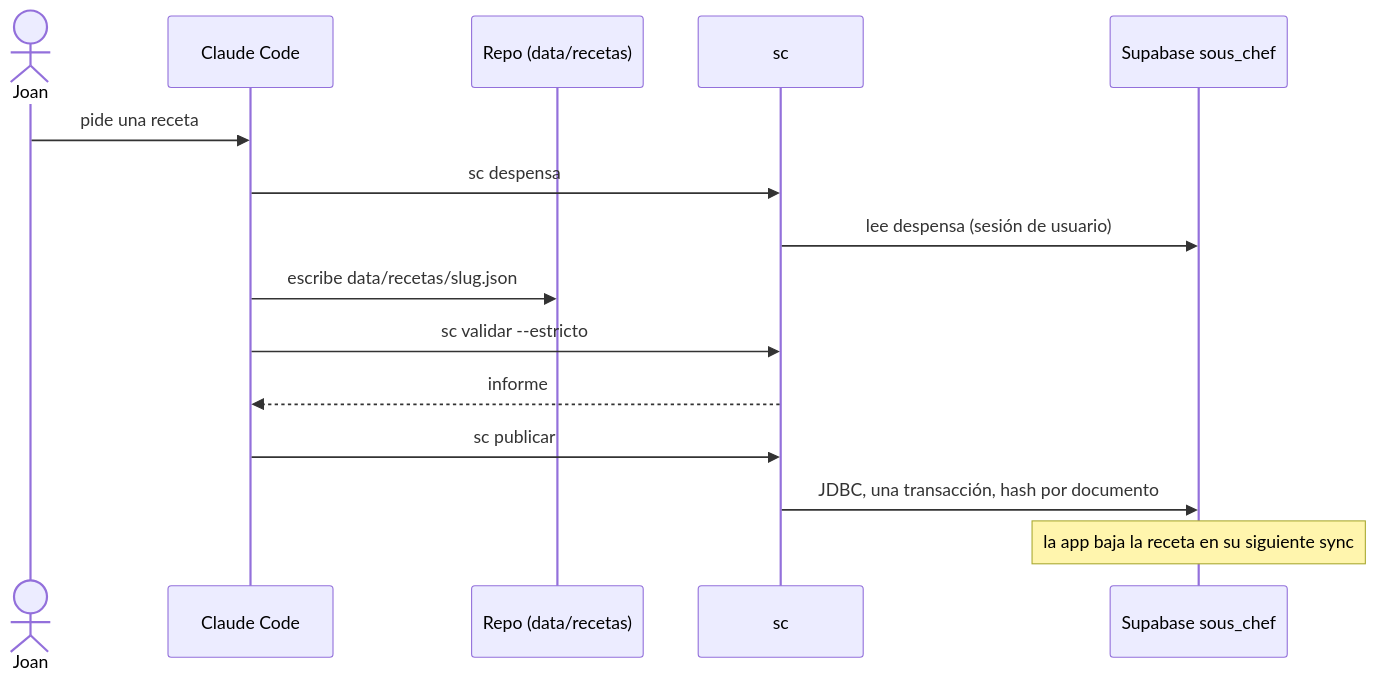
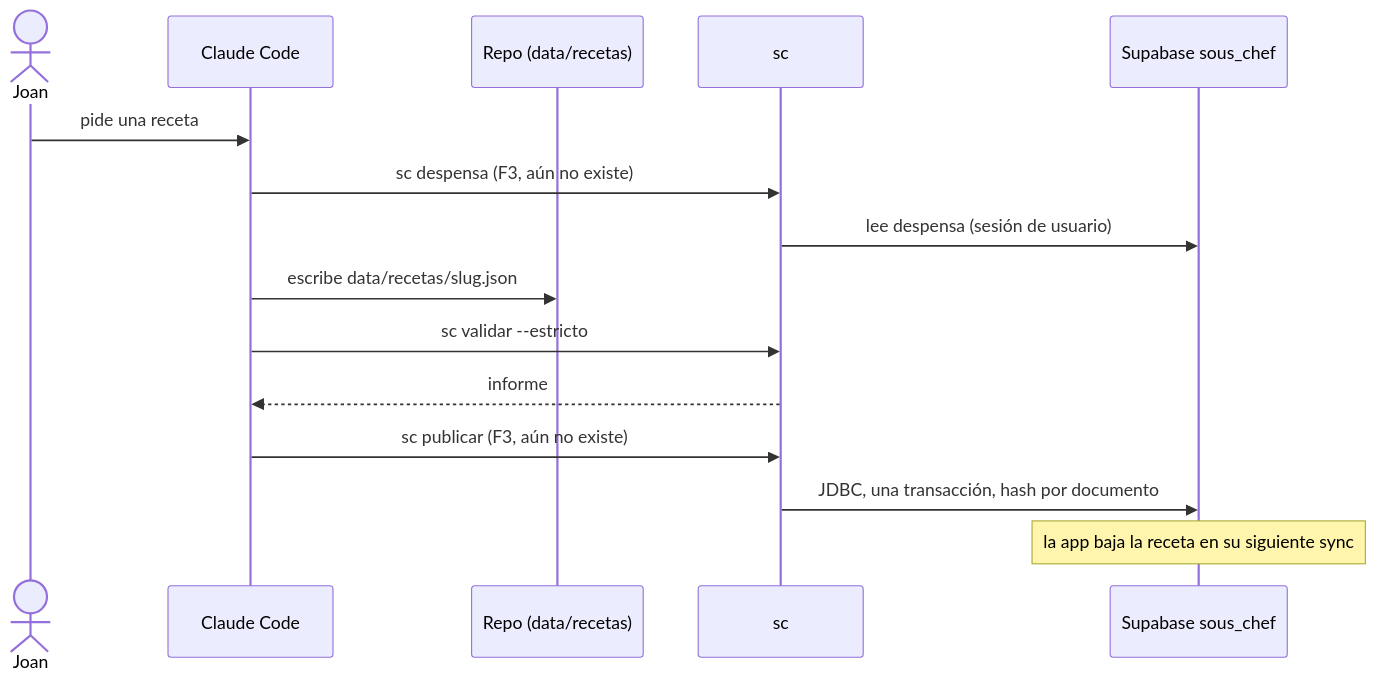
The second of 2 diagrams in docs/arquitectura.md (trombonet12/Sous-Chef), drawn with Mermaid before and after one commit. The commit also changed other lines of this file and 11 other files, not shown here.

Commit message:
docs(skills): recipe skill follows the real flow (pasted pantry, validar, release); drop nonexistent sc commands

````diff
--- a/docs/arquitectura.md
+++ b/docs/arquitectura.md
@@ -50,17 +50,17 @@
 ```mermaid
 sequenceDiagram
   actor J as Joan
   participant C as Claude Code
   participant R as Repo (data/recetas)
   participant S as sc
   participant DB as Supabase sous_chef
   J->>C: pide una receta
-  C->>S: sc despensa
+  C->>S: sc despensa (F3, aún no existe)
   S->>DB: lee despensa (sesión de usuario)
   C->>R: escribe data/recetas/slug.json
   C->>S: sc validar --estricto
   S-->>C: informe
-  C->>S: sc publicar
+  C->>S: sc publicar (F3, aún no existe)
   S->>DB: JDBC, una transacción, hash por documento
   Note over DB: la app baja la receta en su siguiente sync
 ```
````
